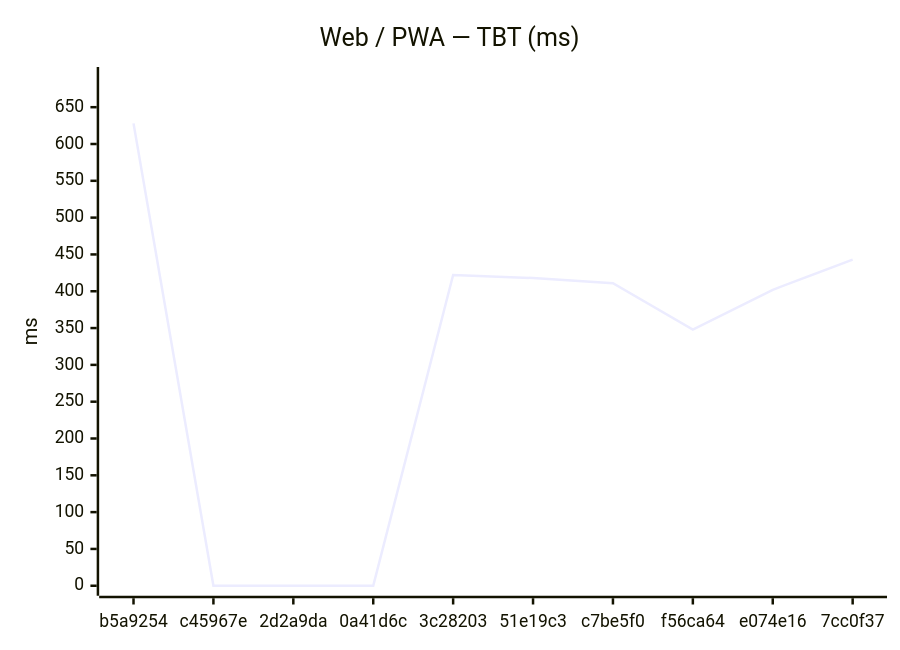
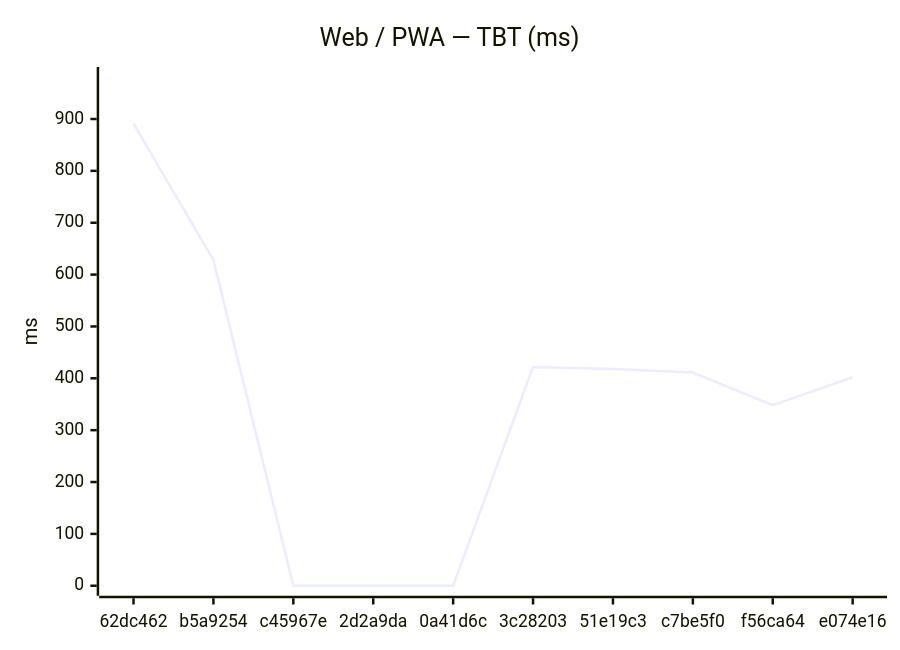
The second of 18 diagrams in benchmarks/compare.md (Metaheurist/Rianell), drawn with Mermaid before and after one commit. The commit also changed other lines of this file and 11 other files, not shown here.

````diff
--- a/benchmarks/compare.md
+++ b/benchmarks/compare.md
@@ -31,7 +31,7 @@
 ```mermaid
 xychart-beta
     title "Web / PWA — TBT (ms)"
-    x-axis ["b5a9254", "c45967e", "2d2a9da", "0a41d6c", "3c28203", "51e19c3", "c7be5f0", "f56ca64", "e074e16", "7cc0f37"]
-    y-axis "ms" 0 --> 691
-    line [628, 0, 0, 0, 422, 418, 411, 348, 402, 443]
+    x-axis ["62dc462", "b5a9254", "c45967e", "2d2a9da", "0a41d6c", "3c28203", "51e19c3", "c7be5f0", "f56ca64", "e074e16"]
+    y-axis "ms" 0 --> 981
+    line [891, 628, 0, 0, 0, 422, 418, 411, 348, 402]
 ```
````
